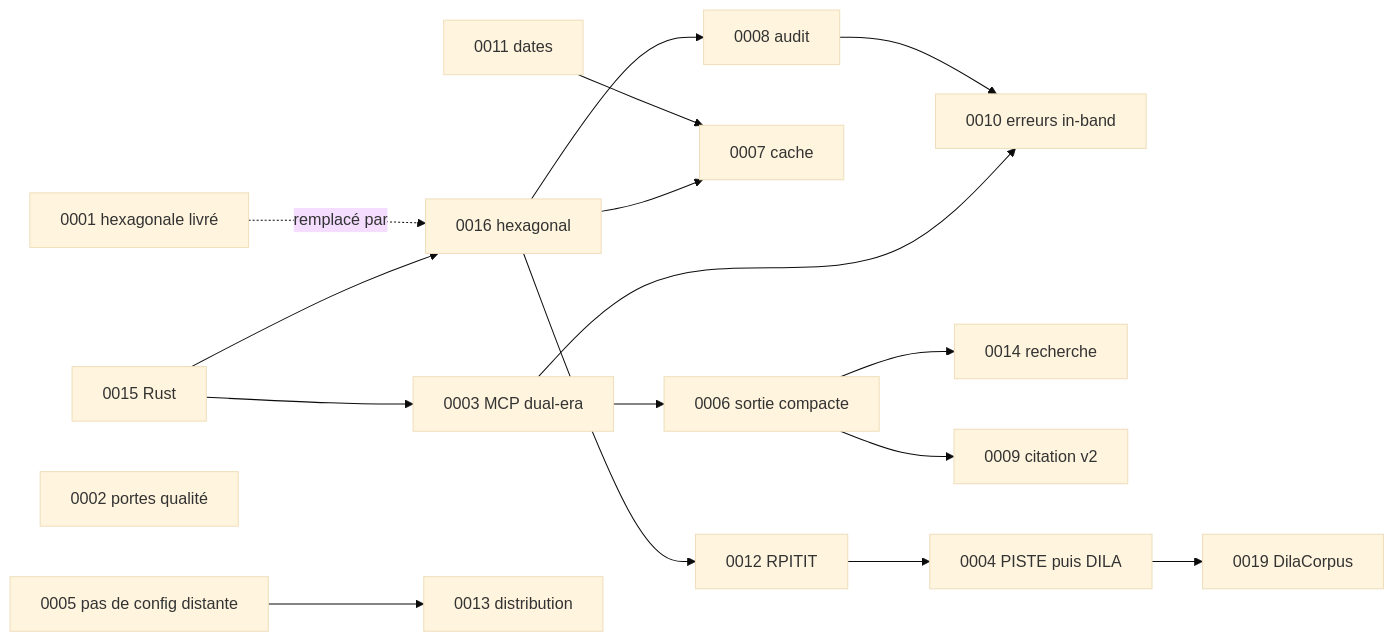
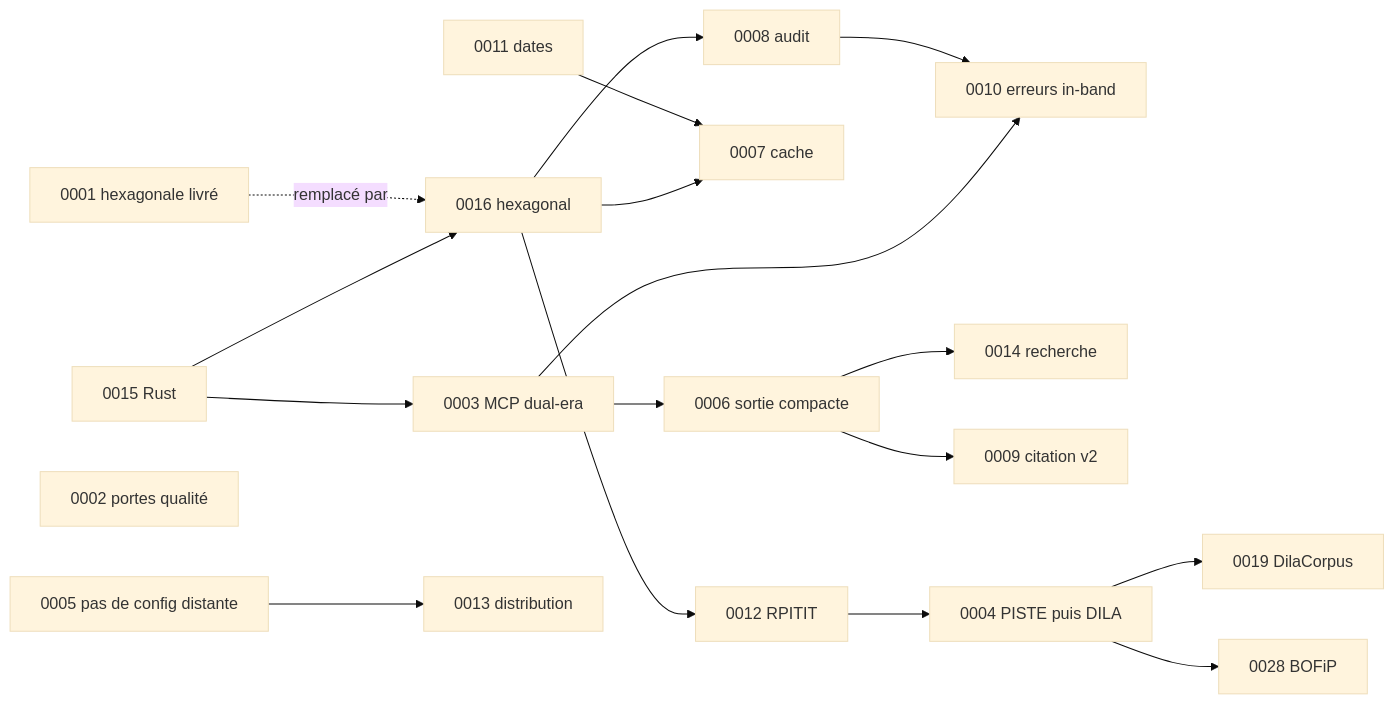
Before and after one commit to muchiny/mcp-legifrance: the second of 2 diagrams in docs/adr/README.md, drawn with Mermaid (base theme). The commit also changed other lines of this file and 4 other files, not shown here.

````diff
--- a/docs/adr/README.md
+++ b/docs/adr/README.md
@@ -146,19 +148,20 @@
 ```mermaid
 graph LR
     A15[0015 Rust] --> A16[0016 hexagonal]
     A01[0001 hexagonale livré] -. remplacé par .-> A16
     A02[0002 portes qualité]
     A16 --> A12[0012 RPITIT]
     A16 --> A7[0007 cache]
     A16 --> A8[0008 audit]
     A15 --> A3[0003 MCP dual-era]
     A3 --> A6[0006 sortie compacte]
     A3 --> A10[0010 erreurs in-band]
     A6 --> A14[0014 recherche]
     A6 --> A9[0009 citation v2]
     A12 --> A4[0004 PISTE puis DILA]
     A4 --> A19[0019 DilaCorpus]
+    A4 --> A28[0028 BOFiP]
     A11[0011 dates] --> A7
     A5[0005 pas de config distante] --> A13[0013 distribution]
     A8 --> A10
 ```
````
